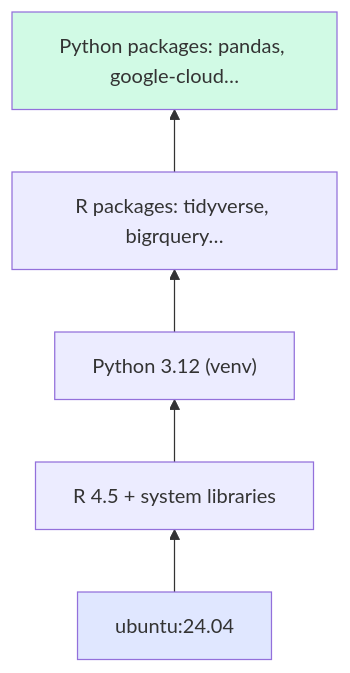
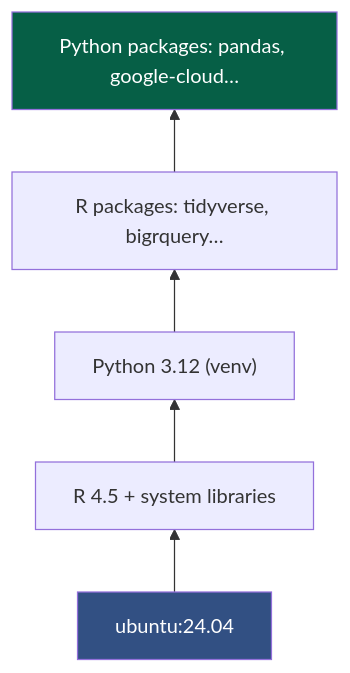
One commit to Ch3w3y/docker_gcp changed the fifth of 8 diagrams in docs/docker-containers.md. Above: the diagram before and after it, drawn with Mermaid. The commit also changed other lines of this file and 11 other files, not shown here.

First line of the commit message:
Fix/mermaid contrast and linebreaks (#17)

````diff
--- a/docs/docker-containers.md
+++ b/docs/docker-containers.md
@@ -195,13 +195,13 @@
 ```mermaid
 flowchart BT
     L1["ubuntu:24.04"]
     L2["R 4.5 + system libraries"]
     L3["Python 3.12 (venv)"]
     L4["R packages: tidyverse, bigrquery…"]
     L5["Python packages: pandas, google-cloud…"]
 
     L1 --> L2 --> L3 --> L4 --> L5
 
-    style L1 fill:#e0e7ff
-    style L5 fill:#d1fae5
+    style L1 fill:#325083,color:#ffffff
+    style L5 fill:#065f46,color:#ffffff
 ```
````
